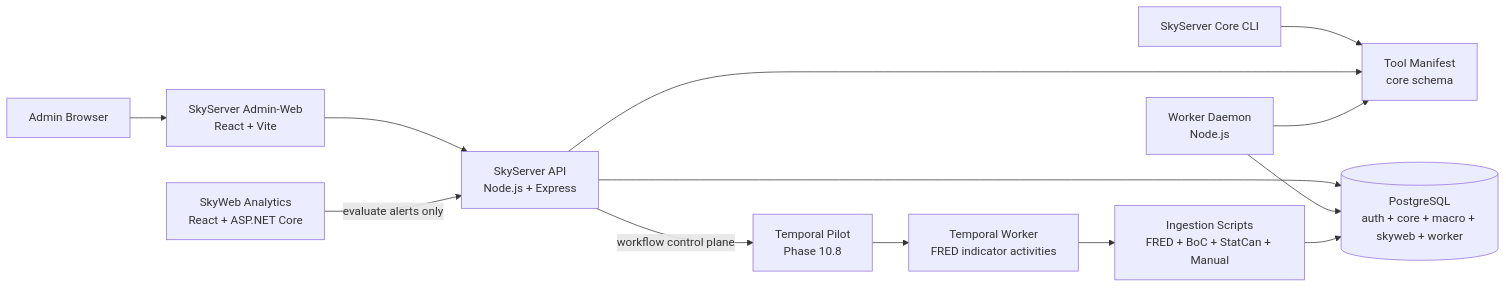
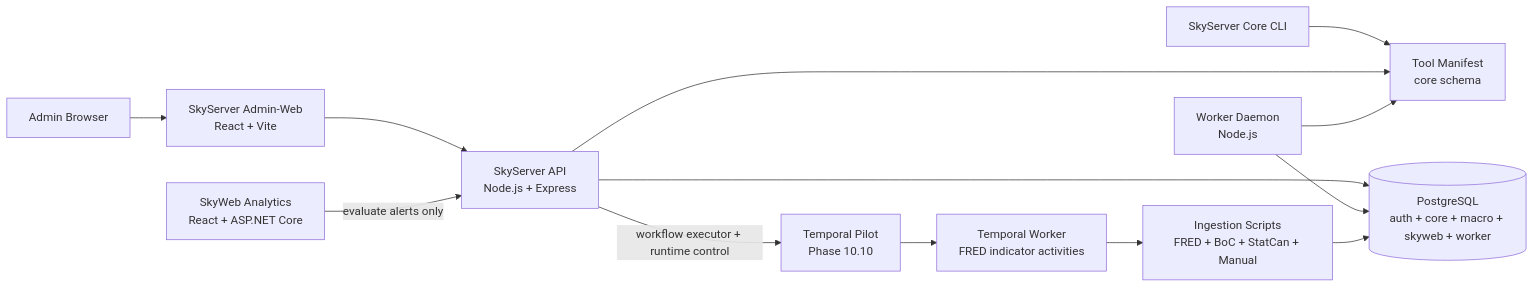
One commit to PStar1980/SkyCommand changed the diagram in README.md. Above: the diagram before and after it, drawn with Mermaid. The commit also changed other lines of this file and 13 other files, not shown here.

Commit message:
SkyServer Workflow Executor v1

````diff
--- a/README.md
+++ b/README.md
@@ -54,15 +54,15 @@
 ```mermaid
 flowchart LR
     Admin[Admin Browser] --> AdminWeb["SkyServer Admin-Web<br/>React + Vite"]
     AdminWeb --> Api["SkyServer API<br/>Node.js + Express"]
     Core[SkyServer Core CLI] --> Tools["Tool Manifest<br/>core schema"]
     Api --> Tools
     Api --> Db[("PostgreSQL<br/>auth + core + macro + skyweb + worker")]
     Worker["Worker Daemon<br/>Node.js"] --> Db
     Worker --> Tools
     Ingestion["Ingestion Scripts<br/>FRED + BoC + StatCan + Manual"] --> Db
     SkyWeb["SkyWeb Analytics<br/>React + ASP.NET Core"] -->|evaluate alerts only| Api
-    Api -->|workflow control plane| Temporal["Temporal Pilot<br/>Phase 10.8"]
+    Api -->|workflow executor + runtime control| Temporal["Temporal Pilot<br/>Phase 10.10"]
     Temporal --> TemporalWorker["Temporal Worker<br/>FRED indicator activities"]
     TemporalWorker --> Ingestion
 ```
````
